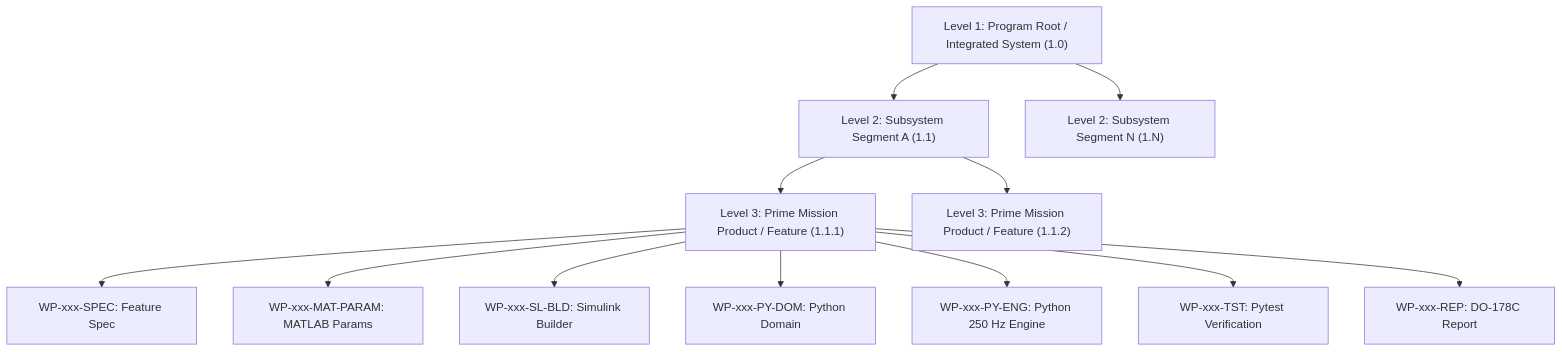
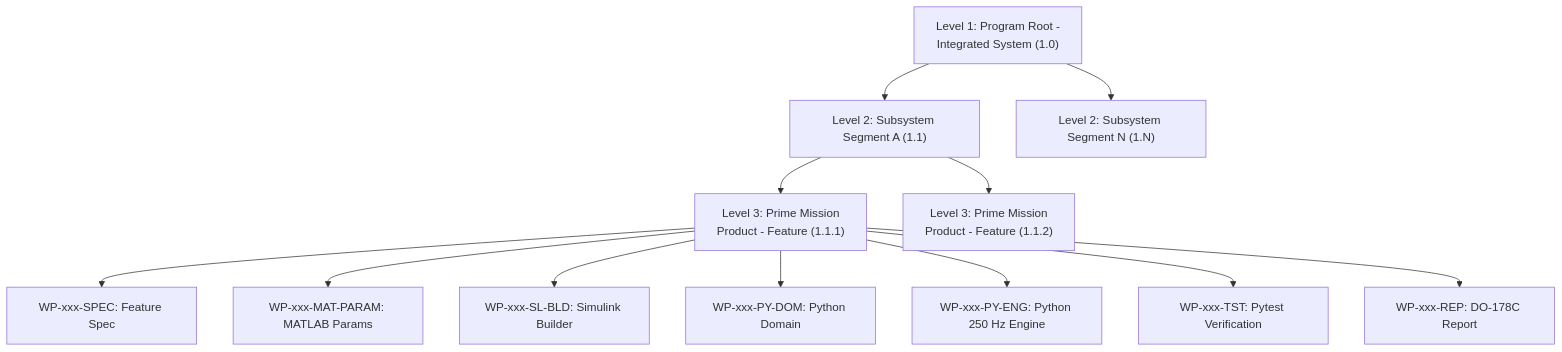
One commit to gintatkinson/DEAP01-spec-core changed the second of 3 diagrams in skills/spec-wbs-engineering/SKILL.md. Above: the diagram before and after it, drawn with Mermaid. The commit also changed other lines of this file and 13 other files, not shown here.

````diff
--- a/skills/spec-wbs-engineering/SKILL.md
+++ b/skills/spec-wbs-engineering/SKILL.md
@@ -99,28 +103,28 @@
 ```mermaid
 flowchart TD
-    L1["Level 1: Program Root / Integrated System (1.0)"]
+    L1["Level 1: Program Root -<br/>Integrated System (1.0)"]
     L2_1["Level 2: Subsystem Segment A (1.1)"]
     L2_N["Level 2: Subsystem Segment N (1.N)"]
-    L3_1["Level 3: Prime Mission Product / Feature (1.1.1)"]
-    L3_2["Level 3: Prime Mission Product / Feature (1.1.2)"]
+    L3_1["Level 3: Prime Mission<br/>Product - Feature (1.1.1)"]
+    L3_2["Level 3: Prime Mission<br/>Product - Feature (1.1.2)"]
     
     L4_SPEC["WP-xxx-SPEC: Feature Spec"]
     L4_MAT["WP-xxx-MAT-PARAM: MATLAB Params"]
     L4_SL["WP-xxx-SL-BLD: Simulink Builder"]
     L4_DOM["WP-xxx-PY-DOM: Python Domain"]
     L4_ENG["WP-xxx-PY-ENG: Python 250 Hz Engine"]
     L4_TST["WP-xxx-TST: Pytest Verification"]
     L4_REP["WP-xxx-REP: DO-178C Report"]
 
     L1 --> L2_1
     L1 --> L2_N
     L2_1 --> L3_1
     L2_1 --> L3_2
     L3_1 --> L4_SPEC
     L3_1 --> L4_MAT
     L3_1 --> L4_SL
     L3_1 --> L4_DOM
     L3_1 --> L4_ENG
     L3_1 --> L4_TST
     L3_1 --> L4_REP
 ```
````
